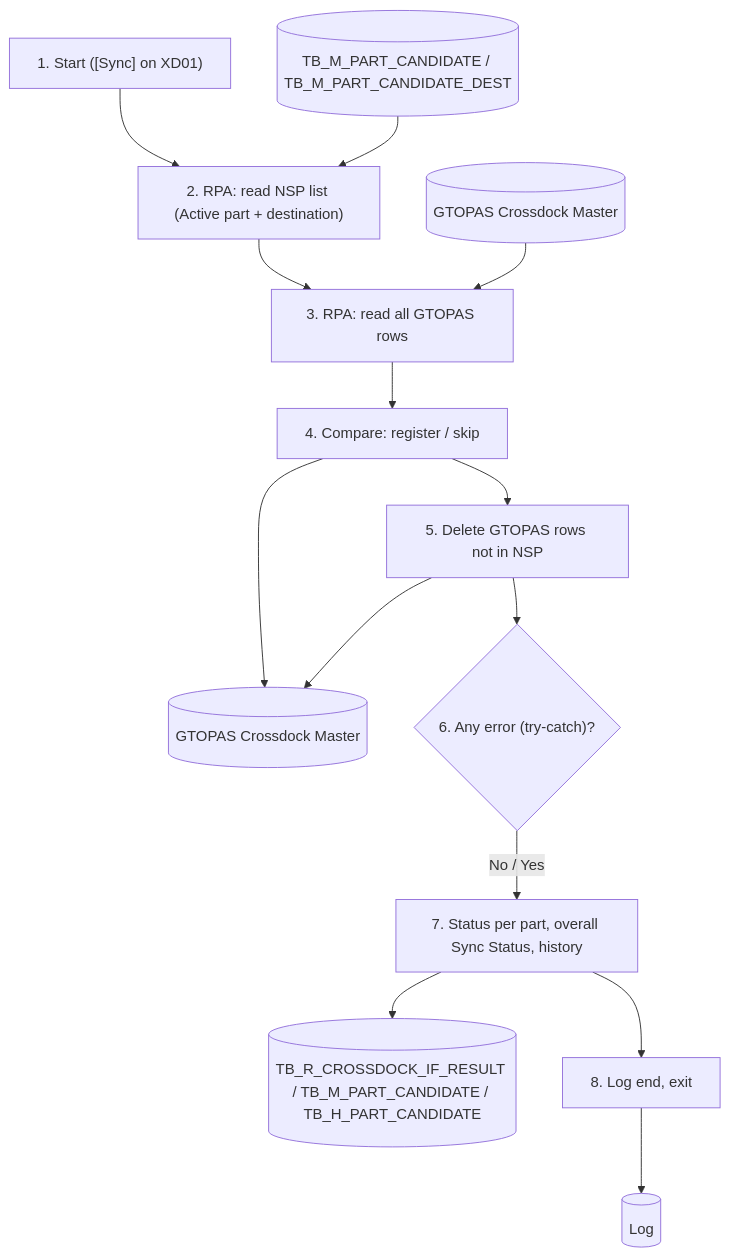
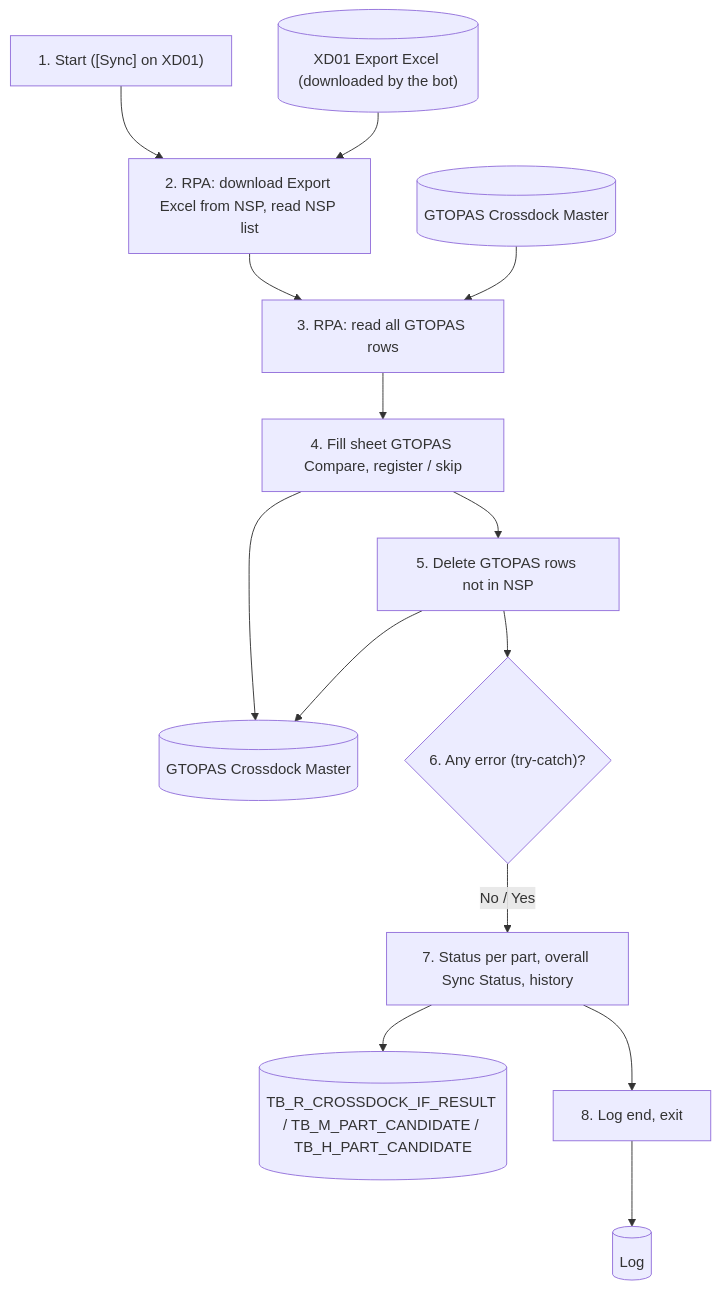
The second of 2 diagrams in prepare_code/uiss/XD06_Batch_IFCrossDockMasterToGTOPAS.md (ivanrayhannn/crossdockpoc), drawn with Mermaid before and after one commit. The commit also changed other lines of this file and 18 other files, not shown here.

First line of the commit message:
[Sync] runs the RPA from the download: bot downloads the XD01 Excel, fills a work sheet, then GTOPAS / AP POLE

````diff
--- a/prepare_code/uiss/XD06_Batch_IFCrossDockMasterToGTOPAS.md
+++ b/prepare_code/uiss/XD06_Batch_IFCrossDockMasterToGTOPAS.md
@@ -86,29 +100,29 @@
 ```mermaid
 flowchart TB
   p1["1. Start ([Sync] on XD01)"]
-  m[("TB_M_PART_CANDIDATE / TB_M_PART_CANDIDATE_DEST")]
-  p2["2. RPA: read NSP list (Active part + destination)"]
+  m[("XD01 Export Excel (downloaded by the bot)")]
+  p2["2. RPA: download Export Excel from NSP, read NSP list"]
   gi[("GTOPAS Crossdock Master")]
   p3["3. RPA: read all GTOPAS rows"]
-  p4["4. Compare: register / skip"]
+  p4["4. Fill sheet GTOPAS Compare, register / skip"]
   p5["5. Delete GTOPAS rows not in NSP"]
   go[("GTOPAS Crossdock Master")]
   d{"6. Any error (try-catch)?"}
   p7["7. Status per part, overall Sync Status, history"]
   o[("TB_R_CROSSDOCK_IF_RESULT / TB_M_PART_CANDIDATE / TB_H_PART_CANDIDATE")]
   p8["8. Log end, exit"]
   log[("Log")]
   p1 --> p2
   m --> p2
   p2 --> p3
   gi --> p3
   p3 --> p4
   p4 --> p5
   p4 --> go
   p5 --> go
   p5 --> d
   d -->|No / Yes| p7
   p7 --> o
   p7 --> p8
   p8 --> log
 ```
````
